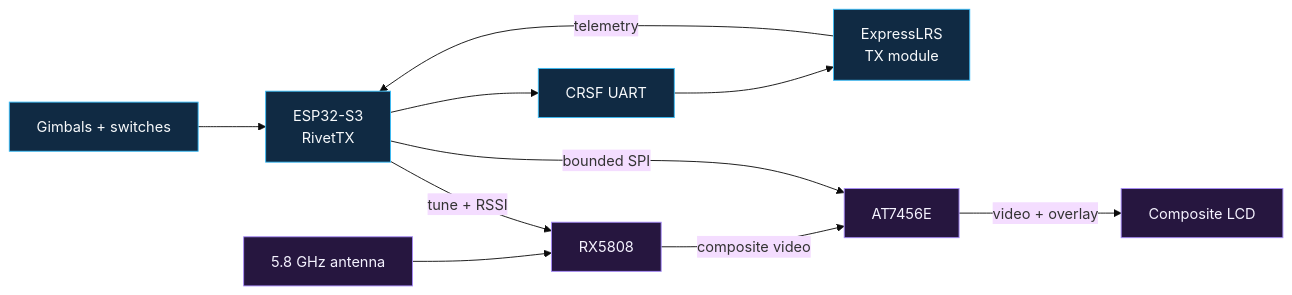
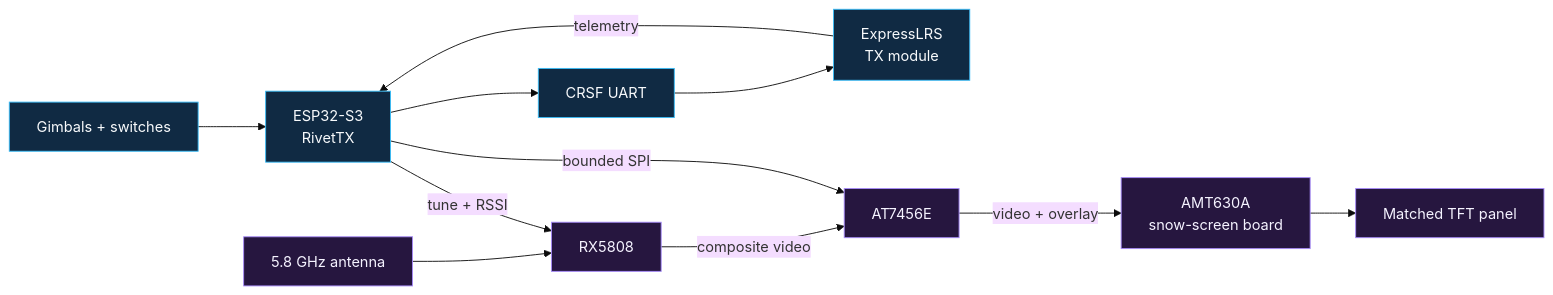
One commit to Twotoz/OpenPocket changed the diagram in README.md. Above: the diagram before and after it, drawn with Mermaid (base theme). The commit also changed other lines of this file and 9 other files, not shown here.

Commit message:
Select AMT630A snow-screen display

````diff
--- a/README.md
+++ b/README.md
@@ -54,19 +55,20 @@
 ```mermaid
 flowchart LR
     A[Gimbals + switches] --> B[ESP32-S3<br/>RivetTX]
     B --> C[CRSF UART]
     C --> D[ExpressLRS<br/>TX module]
 
     E[5.8 GHz antenna] --> F[RX5808]
     F -->|composite video| G[AT7456E]
-    G -->|video + overlay| H[Composite LCD]
+    G -->|video + overlay| H[AMT630A<br/>snow-screen board]
+    H --> I[Matched TFT panel]
 
     B -->|tune + RSSI| F
     B -->|bounded SPI| G
     D -->|telemetry| B
 
     classDef control fill:#102a43,stroke:#38bdf8,color:#f8fafc;
     classDef video fill:#26163f,stroke:#a78bfa,color:#f5f3ff;
     class A,B,C,D control;
-    class E,F,G,H video;
+    class E,F,G,H,I video;
 ```
````
